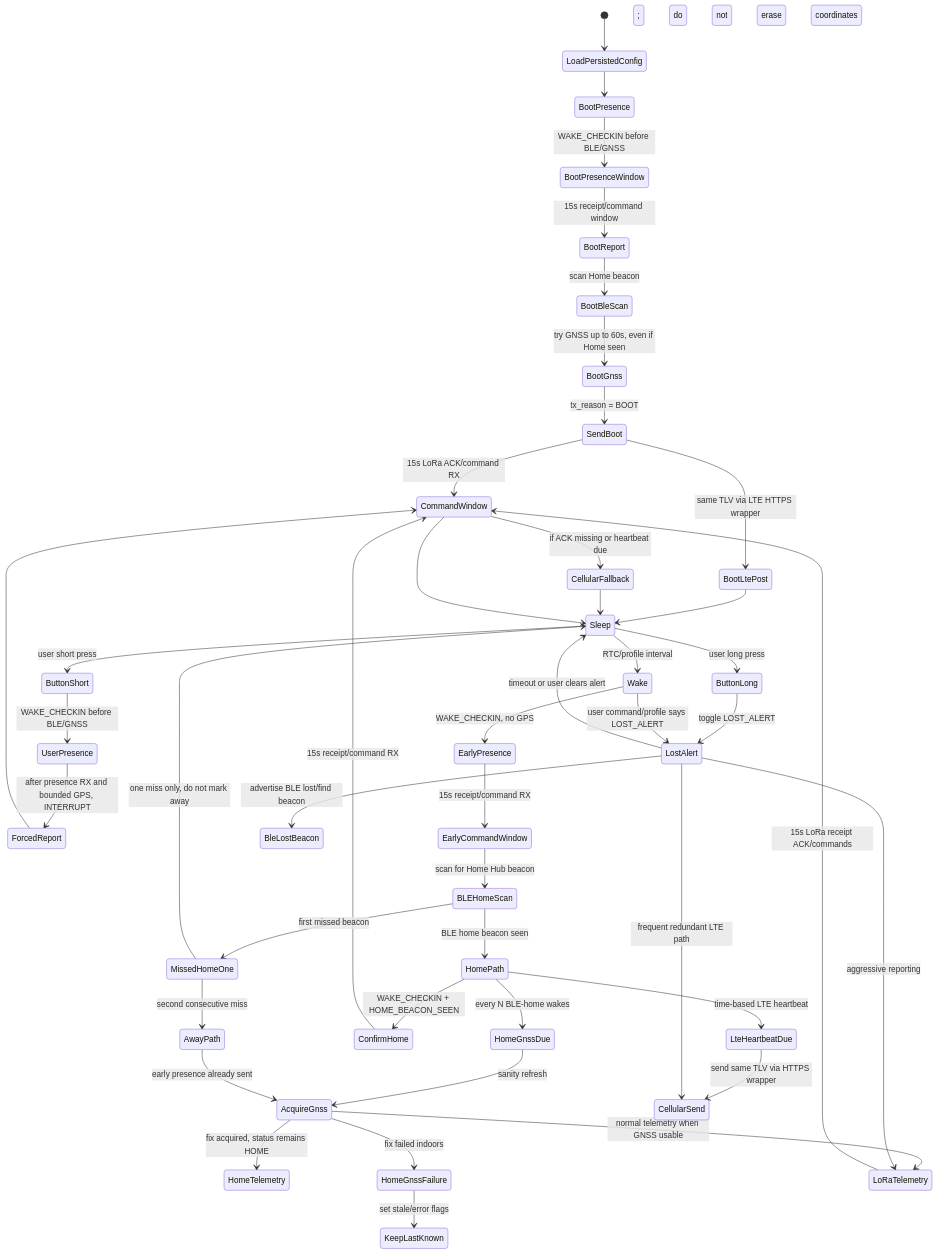
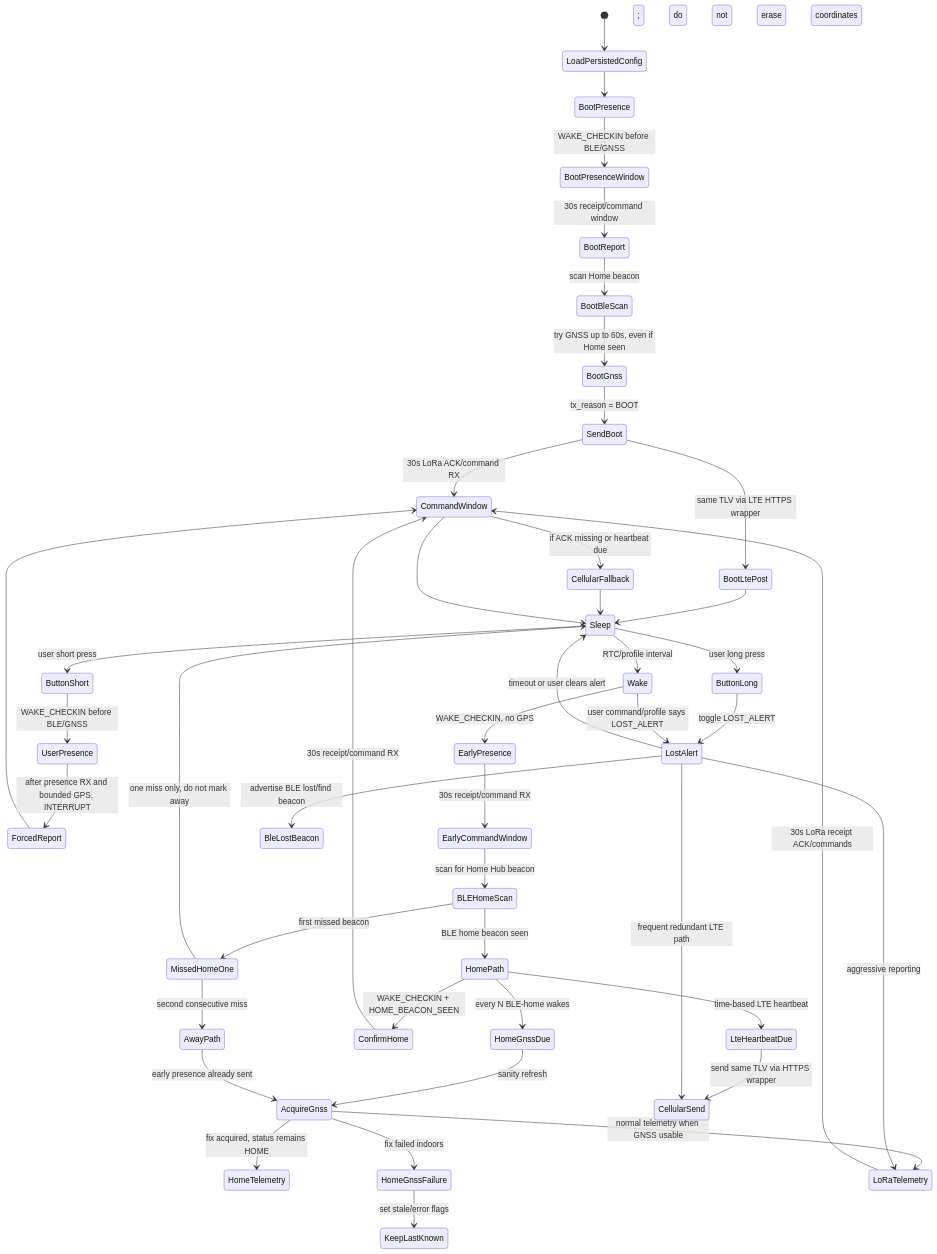
Before and after one commit to rees3901/BluepawsV4: the diagram in docs/firmware/collar/COLLAR_RUNTIME_DECISIONS.md, drawn with Mermaid. The commit also changed other lines of this file and 9 other files, not shown here.

````diff
--- a/docs/firmware/collar/COLLAR_RUNTIME_DECISIONS.md
+++ b/docs/firmware/collar/COLLAR_RUNTIME_DECISIONS.md
@@ -76,56 +76,56 @@
 ```mermaid
 stateDiagram-v2
   [*] --> LoadPersistedConfig
   LoadPersistedConfig --> BootPresence
   BootPresence --> BootPresenceWindow: WAKE_CHECKIN before BLE/GNSS
-  BootPresenceWindow --> BootReport: 15s receipt/command window
+  BootPresenceWindow --> BootReport: 30s receipt/command window
   BootReport --> BootBleScan: scan Home beacon
   BootBleScan --> BootGnss: try GNSS up to 60s, even if Home seen
   BootGnss --> SendBoot: tx_reason = BOOT
-  SendBoot --> CommandWindow: 15s LoRa ACK/command RX
+  SendBoot --> CommandWindow: 30s LoRa ACK/command RX
   SendBoot --> BootLtePost: same TLV via LTE HTTPS wrapper
   BootLtePost --> Sleep
 
   Sleep --> ButtonShort: user short press
   ButtonShort --> UserPresence: WAKE_CHECKIN before BLE/GNSS
   UserPresence --> ForcedReport: after presence RX and bounded GPS, INTERRUPT
   ForcedReport --> CommandWindow
 
   Sleep --> ButtonLong: user long press
   ButtonLong --> LostAlert: toggle LOST_ALERT
 
   Sleep --> Wake: RTC/profile interval
   Wake --> EarlyPresence: WAKE_CHECKIN, no GPS
-  EarlyPresence --> EarlyCommandWindow: 15s receipt/command RX
+  EarlyPresence --> EarlyCommandWindow: 30s receipt/command RX
   EarlyCommandWindow --> BLEHomeScan: scan for Home Hub beacon
 
   BLEHomeScan --> HomePath: BLE home beacon seen
   BLEHomeScan --> MissedHomeOne: first missed beacon
   MissedHomeOne --> Sleep: one miss only, do not mark away
   MissedHomeOne --> AwayPath: second consecutive miss
 
   HomePath --> ConfirmHome: WAKE_CHECKIN + HOME_BEACON_SEEN
-  ConfirmHome --> CommandWindow: 15s receipt/command RX
+  ConfirmHome --> CommandWindow: 30s receipt/command RX
 
   HomePath --> HomeGnssDue: every N BLE-home wakes
   HomeGnssDue --> AcquireGnss: sanity refresh
   AcquireGnss --> HomeTelemetry: fix acquired, status remains HOME
   AcquireGnss --> HomeGnssFailure: fix failed indoors
   HomeGnssFailure --> KeepLastKnown: set stale/error flags; do not erase coordinates
 
   HomePath --> LteHeartbeatDue: time-based LTE heartbeat
   LteHeartbeatDue --> CellularSend: send same TLV via HTTPS wrapper
 
   AwayPath --> AcquireGnss: early presence already sent
   AcquireGnss --> LoRaTelemetry: normal telemetry when GNSS usable
-  LoRaTelemetry --> CommandWindow: 15s LoRa receipt ACK/commands
+  LoRaTelemetry --> CommandWindow: 30s LoRa receipt ACK/commands
   CommandWindow --> CellularFallback: if ACK missing or heartbeat due
   CellularFallback --> Sleep
   CommandWindow --> Sleep
 
   Wake --> LostAlert: user command/profile says LOST_ALERT
   LostAlert --> BleLostBeacon: advertise BLE lost/find beacon
   LostAlert --> LoRaTelemetry: aggressive reporting
   LostAlert --> CellularSend: frequent redundant LTE path
   LostAlert --> Sleep: timeout or user clears alert
 ```
````
